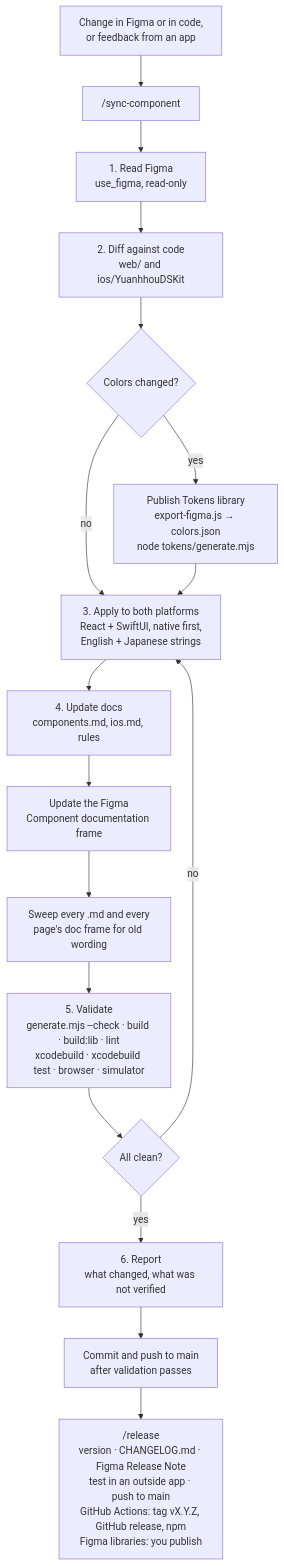
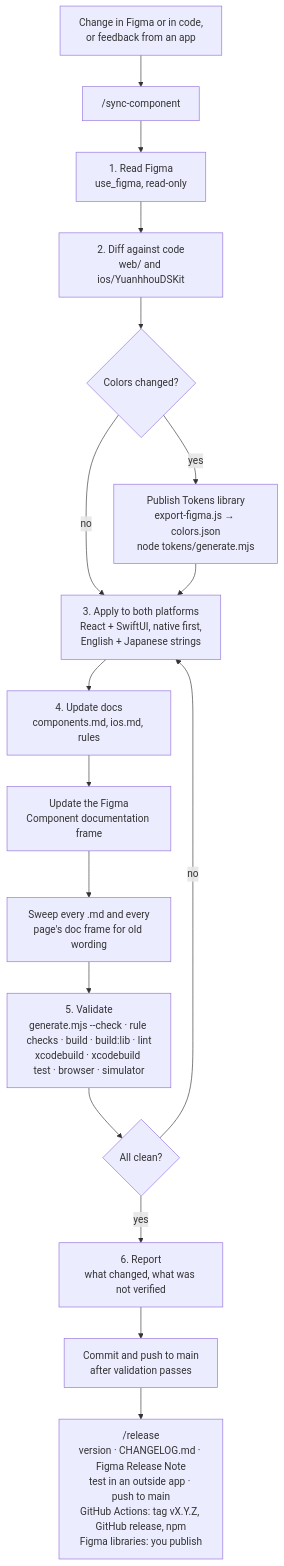
One commit to k619tw/yuanhhou-design-system changed the second of 3 diagrams in docs/workflow.md. Above: the diagram before and after it, drawn with Mermaid. The commit also changed 13 other files, not shown here.

````diff
--- a/docs/workflow.md
+++ b/docs/workflow.md
@@ -59,19 +59,19 @@
 ```mermaid
 flowchart TD
   A["Change in Figma or in code,<br/>or feedback from an app"] --> B["/sync-component"]
   B --> R["1. Read Figma<br/>use_figma, read-only"]
   R --> D["2. Diff against code<br/>web/ and ios/YuanhhouDSKit"]
   D --> K{"Colors changed?"}
   K -- yes --> P["Publish Tokens library<br/>export-figma.js → colors.json<br/>node tokens/generate.mjs"]
   K -- no --> AP
   P --> AP["3. Apply to both platforms<br/>React + SwiftUI, native first,<br/>English + Japanese strings"]
   AP --> DOC["4. Update docs<br/>components.md, ios.md, rules"]
   DOC --> FR["Update the Figma<br/>Component documentation frame"]
   FR --> SW["Sweep every .md and every<br/>page's doc frame for old wording"]
-  SW --> V["5. Validate<br/>generate.mjs --check · build · build:lib · lint<br/>xcodebuild · xcodebuild test · browser · simulator"]
+  SW --> V["5. Validate<br/>generate.mjs --check · rule checks · build · build:lib · lint<br/>xcodebuild · xcodebuild test · browser · simulator"]
   V --> OK{"All clean?"}
   OK -- no --> AP
   OK -- yes --> REP["6. Report<br/>what changed, what was not verified"]
   REP --> CP["Commit and push to main<br/>after validation passes"]
   CP --> REL["/release<br/>version · CHANGELOG.md · Figma Release Note<br/>test in an outside app · push to main<br/>GitHub Actions: tag vX.Y.Z, GitHub release, npm<br/>Figma libraries: you publish"]
 ```
````
